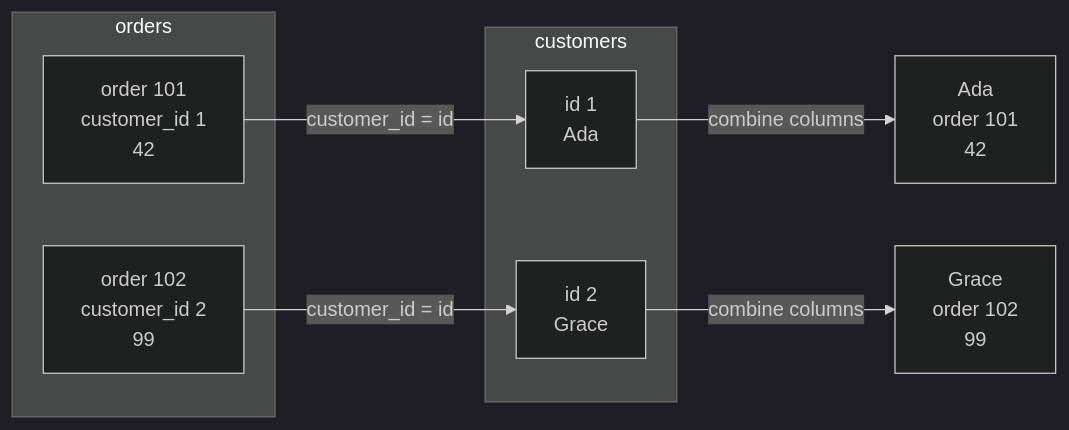
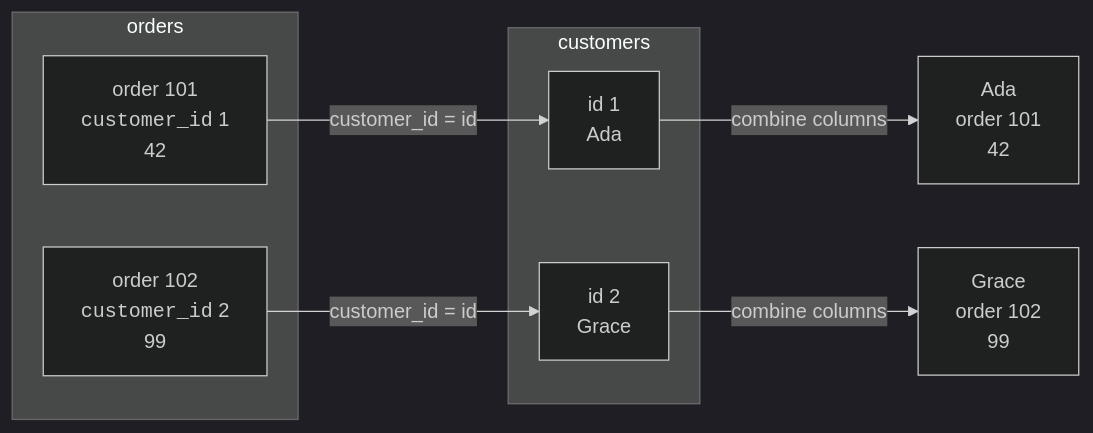
One commit to dataslope/dataslope changed the first of 4 diagrams in content/learn/sqlite-for-beginners/understanding-joins.mdx. Above: the diagram before and after it, drawn with Mermaid (dark theme). The commit also changed other lines of this file and 153 other files, not shown here.

First line of the commit message:
Render code-only mermaid shapes in monospace; convert step sequences to Steps

````diff
--- a/content/learn/sqlite-for-beginners/understanding-joins.mdx
+++ b/content/learn/sqlite-for-beginners/understanding-joins.mdx
@@ -10,15 +10,15 @@
 ```mermaid
 flowchart LR
     subgraph C["customers"]
         C1["id 1<br/>Ada"]
         C2["id 2<br/>Grace"]
     end
     subgraph O["orders"]
-        O1["order 101<br/>customer_id 1<br/>42"]
-        O2["order 102<br/>customer_id 2<br/>99"]
+        O1["order 101<br/><code>customer_id</code> 1<br/>42"]
+        O2["order 102<br/><code>customer_id</code> 2<br/>99"]
     end
     O1 -->|"customer_id = id"| C1
     O2 -->|"customer_id = id"| C2
     C1 -->|"combine columns"| R1["Ada<br/>order 101<br/>42"]
     C2 -->|"combine columns"| R2["Grace<br/>order 102<br/>99"]
 ```
````
